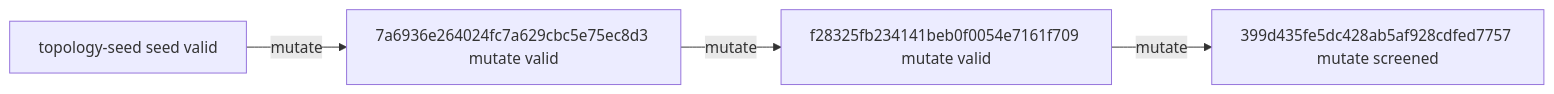
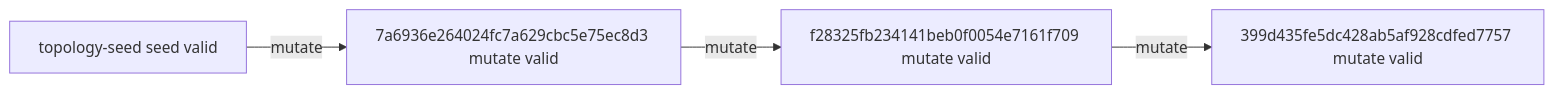
One commit to timbtz/feyer-search-lab changed the diagram in experiments/campaigns/layout-numerical-v2/README.md. Above: the diagram before and after it, drawn with Mermaid. The commit also changed other lines of this file and 7 other files, not shown here.

````diff
--- a/experiments/campaigns/layout-numerical-v2/README.md
+++ b/experiments/campaigns/layout-numerical-v2/README.md
@@ -21,10 +21,10 @@
 ```mermaid
 graph LR
   n0["topology-seed seed valid"]
   n1["7a6936e264024fc7a629cbc5e75ec8d3 mutate valid"]
   n2["f28325fb234141beb0f0054e7161f709 mutate valid"]
-  n3["399d435fe5dc428ab5af928cdfed7757 mutate screened"]
+  n3["399d435fe5dc428ab5af928cdfed7757 mutate valid"]
   n0 -->|mutate| n1
   n1 -->|mutate| n2
   n2 -->|mutate| n3
 ```
````
